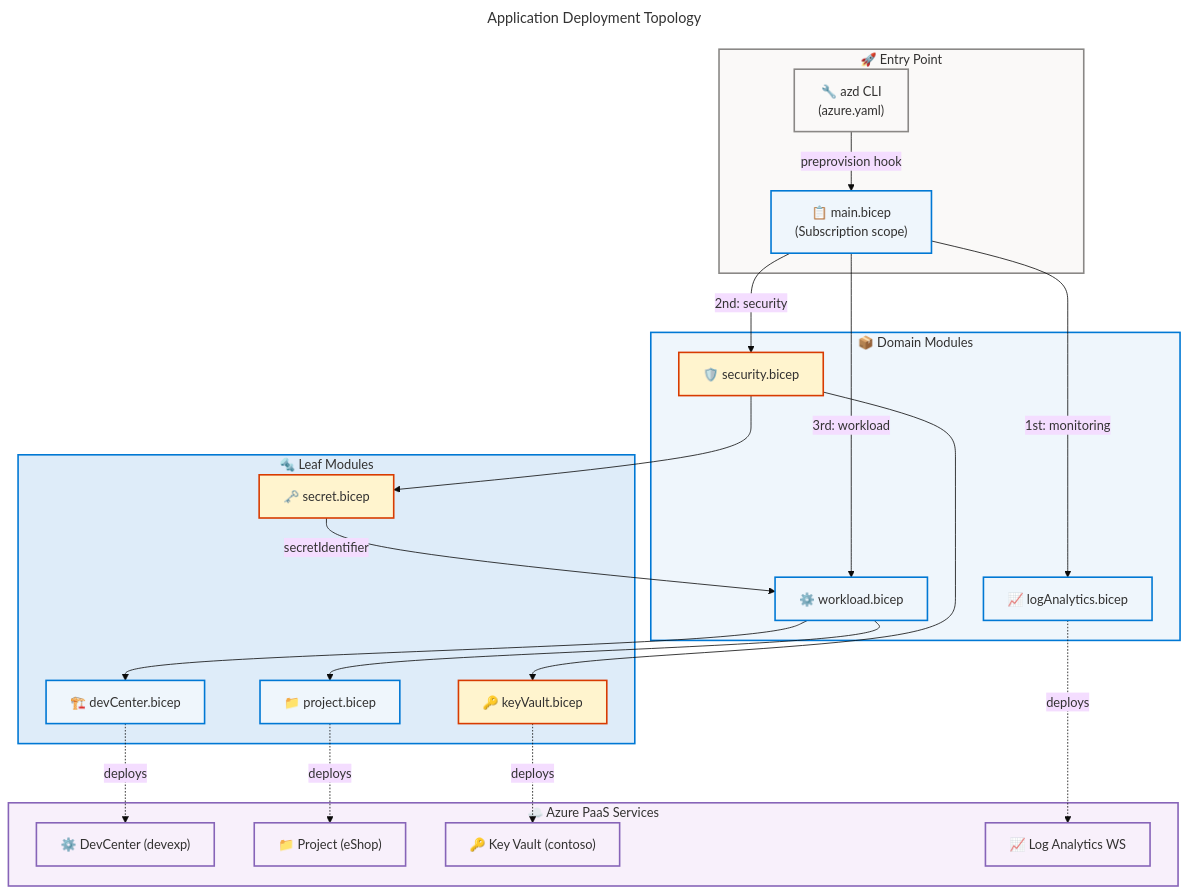
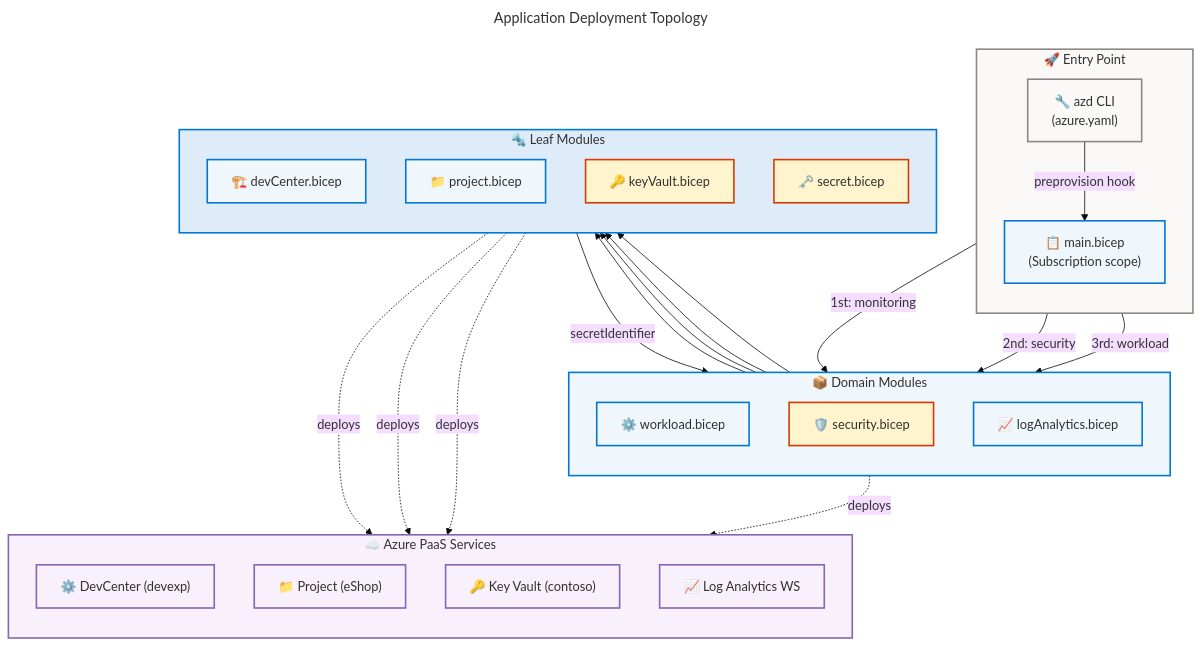
One commit to Evilazaro/DevExp-DevBox changed the second of 3 diagrams in docs/architecture/app-arch.md. Above: the diagram before and after it, drawn with Mermaid. The commit also changed other lines of this file, not shown here.

Commit message:
Refactor architecture diagrams to improve clarity and consistency in flow direction

````diff
--- a/docs/architecture/app-arch.md
+++ b/docs/architecture/app-arch.md
@@ -542,76 +546,80 @@
 ```mermaid
 ---
 title: Application Deployment Topology
 config:
   theme: base
   look: classic
   layout: dagre
   themeVariables:
     fontSize: '16px'
   flowchart:
     htmlLabels: true
 ---
-flowchart TD
+flowchart TB
     accTitle: Application Deployment Topology
     accDescr: Current-state Bicep orchestration module hierarchy deploying Azure PaaS services.
 
     %% ═══════════════════════════════════════════════════════════════════════════
     %% AZURE / FLUENT ARCHITECTURE PATTERN v2.0
     %% (Semantic + Structural + Font + Accessibility Governance)
     %% ═══════════════════════════════════════════════════════════════════════════
     %% PHASE 1 - FLUENT UI: All styling uses approved Fluent UI palette only
     %% PHASE 2 - GROUPS: Every subgraph has semantic color via style directive
     %% PHASE 3 - COMPONENTS: Every node has semantic classDef + icon prefix
     %% PHASE 4 - ACCESSIBILITY: accTitle/accDescr present, WCAG AA contrast
     %% PHASE 5 - STANDARD: Governance block present, classDefs centralized
     %% ═══════════════════════════════════════════════════════════════════════════
 
     subgraph ENTRY ["🚀 Entry Point"]
+        direction TB
         AZD["🔧 azd CLI<br/>(azure.yaml)"]:::tool
         MAIN["📋 main.bicep<br/>(Subscription scope)"]:::module
     end
 
     subgraph DOMAIN ["📦 Domain Modules"]
+        direction TB
         WK["⚙️ workload.bicep"]:::module
         SEC["🛡️ security.bicep"]:::secmod
         LOG["📈 logAnalytics.bicep"]:::module
     end
 
     subgraph LEAF ["🔩 Leaf Modules"]
+        direction TB
         DC_MOD["🏗️ devCenter.bicep"]:::module
         PROJ_MOD["📁 project.bicep"]:::module
         KV_MOD["🔑 keyVault.bicep"]:::secmod
         SEC_MOD["🗝️ secret.bicep"]:::secmod
     end
 
     subgraph AZURE ["☁️ Azure PaaS Services"]
+        direction TB
         DC_SVC["⚙️ DevCenter (devexp)"]:::azure
         PROJ_SVC["📁 Project (eShop)"]:::azure
         KV_SVC["🔑 Key Vault (contoso)"]:::azure
         LA_SVC["📈 Log Analytics WS"]:::azure
     end
 
     AZD -->|"preprovision hook"| MAIN
     MAIN -->|"1st: monitoring"| LOG
     MAIN -->|"2nd: security"| SEC
     MAIN -->|"3rd: workload"| WK
     WK --> DC_MOD
     WK --> PROJ_MOD
     SEC --> KV_MOD
     SEC --> SEC_MOD
     LOG -.->|"deploys"| LA_SVC
     KV_MOD -.->|"deploys"| KV_SVC
     DC_MOD -.->|"deploys"| DC_SVC
     PROJ_MOD -.->|"deploys"| PROJ_SVC
     SEC_MOD -->|"secretIdentifier"| WK
 
     style ENTRY fill:#FAF9F8,stroke:#8A8886,stroke-width:2px,color:#323130
     style DOMAIN fill:#EFF6FC,stroke:#0078D4,stroke-width:2px,color:#323130
     style LEAF fill:#DEECF9,stroke:#0078D4,stroke-width:2px,color:#323130
     style AZURE fill:#F8F0FB,stroke:#8764B8,stroke-width:2px,color:#323130
 
     classDef tool fill:#FAF9F8,stroke:#8A8886,stroke-width:2px,color:#323130
     classDef module fill:#EFF6FC,stroke:#0078D4,stroke-width:2px,color:#323130
     classDef secmod fill:#FFF4CE,stroke:#D83B01,stroke-width:2px,color:#323130
     classDef azure fill:#F8F0FB,stroke:#8764B8,stroke-width:2px,color:#323130
 ```
````
